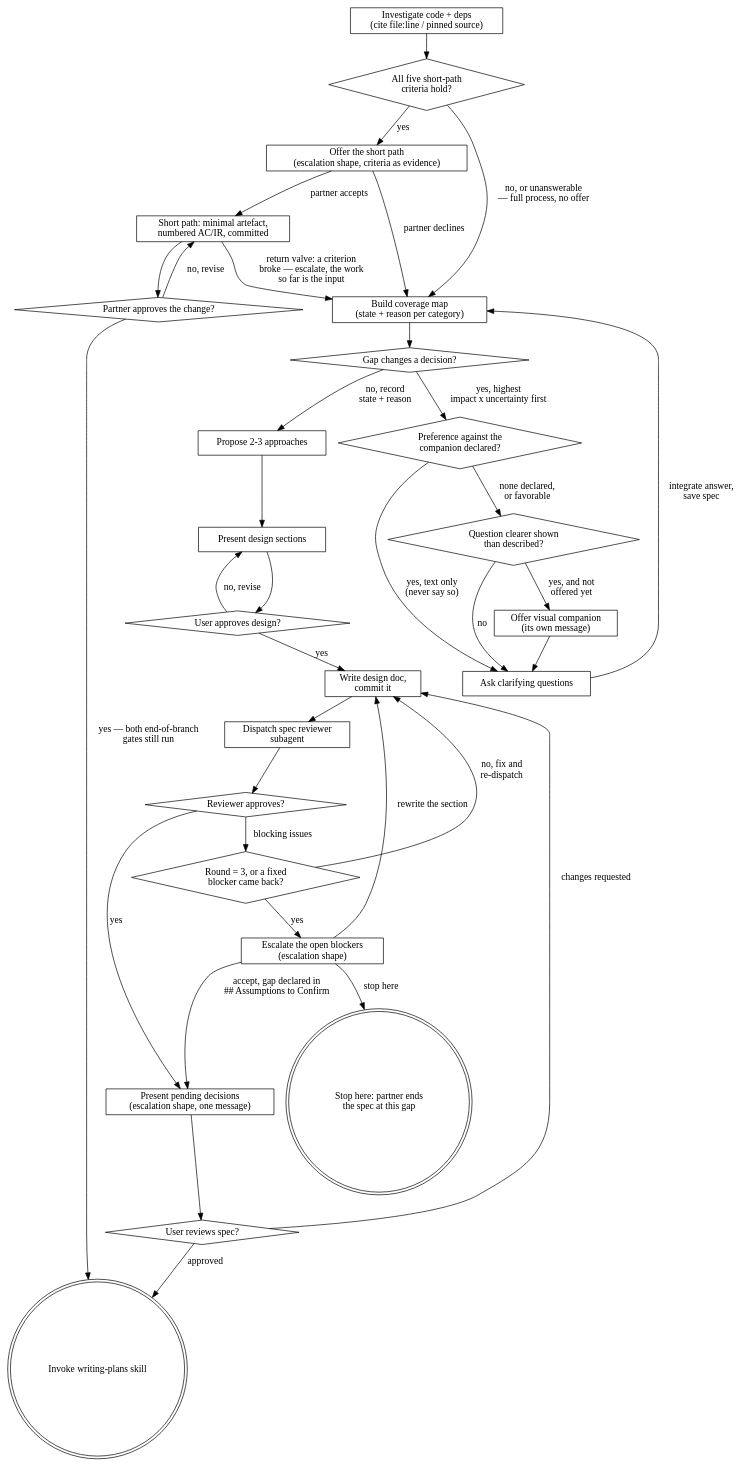
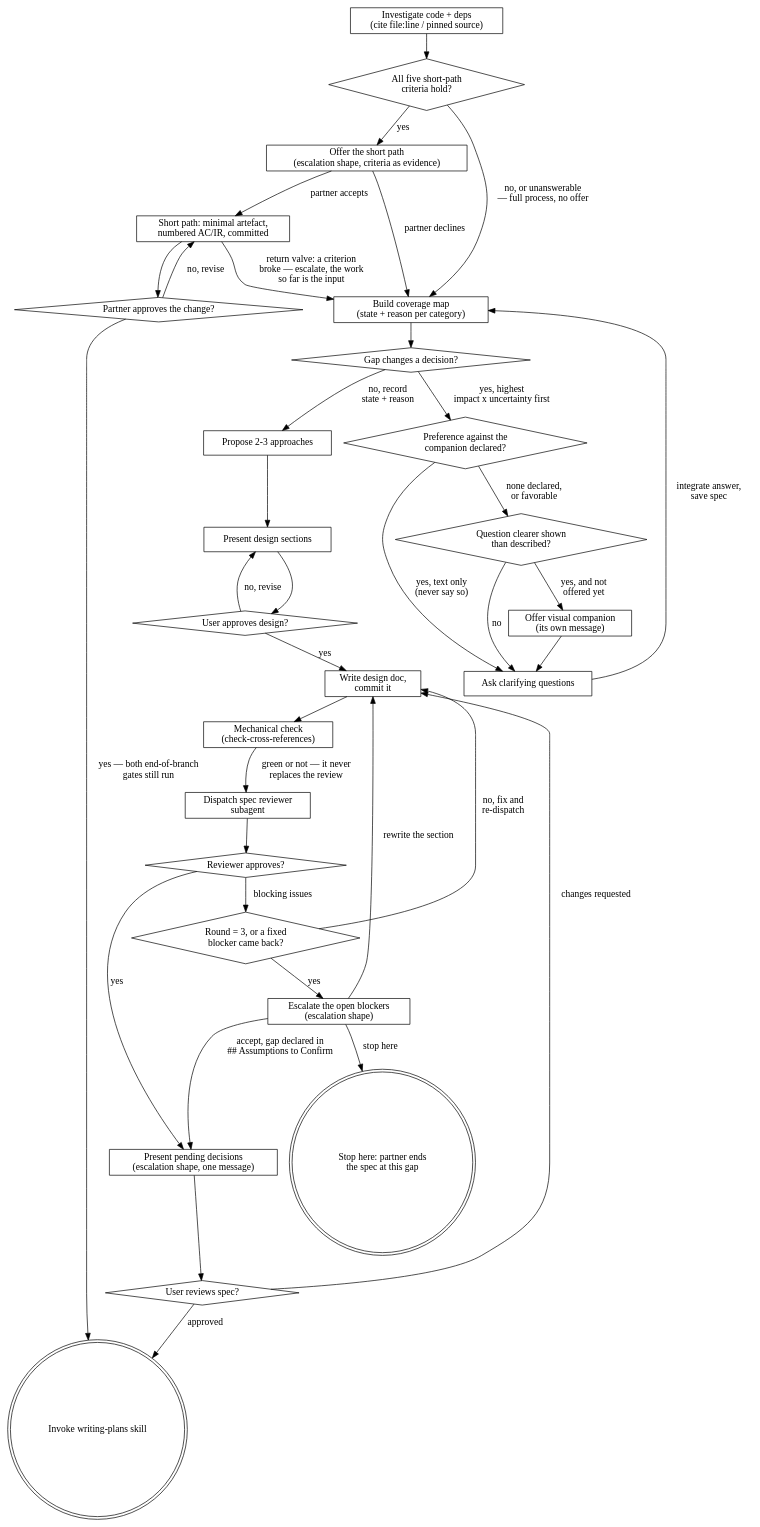
The diagram in skills/brainstorming/references/process-flow.md (rodrigopaitach/superpowersplus), drawn with Graphviz before and after one commit. The commit also changed 3 other files, not shown here.

````diff
--- a/skills/brainstorming/references/process-flow.md
+++ b/skills/brainstorming/references/process-flow.md
@@ -18,62 +18,64 @@
 ```dot
 digraph brainstorming {
     "Investigate code + deps\n(cite file:line / pinned source)" [shape=box];
     "All five short-path\ncriteria hold?" [shape=diamond];
     "Offer the short path\n(escalation shape, criteria as evidence)" [shape=box];
     "Short path: minimal artefact,\nnumbered AC/IR, committed" [shape=box];
     "Partner approves the change?" [shape=diamond];
     "Build coverage map\n(state + reason per category)" [shape=box];
     "Gap changes a decision?" [shape=diamond];
     "Preference against the\ncompanion declared?" [shape=diamond];
     "Question clearer shown\nthan described?" [shape=diamond];
     "Offer visual companion\n(its own message)" [shape=box];
     "Ask clarifying questions" [shape=box];
     "Propose 2-3 approaches" [shape=box];
     "Present design sections" [shape=box];
     "User approves design?" [shape=diamond];
     "Write design doc,\ncommit it" [shape=box];
+    "Mechanical check\n(check-cross-references)" [shape=box];
     "Dispatch spec reviewer\nsubagent" [shape=box];
     "Reviewer approves?" [shape=diamond];
     "Round = 3, or a fixed\nblocker came back?" [shape=diamond];
     "Escalate the open blockers\n(escalation shape)" [shape=box];
     "Stop here: partner ends\nthe spec at this gap" [shape=doublecircle];
     "Present pending decisions\n(escalation shape, one message)" [shape=box];
     "User reviews spec?" [shape=diamond];
     "Invoke writing-plans skill" [shape=doublecircle];
 
     "Investigate code + deps\n(cite file:line / pinned source)" -> "All five short-path\ncriteria hold?";
     "All five short-path\ncriteria hold?" -> "Build coverage map\n(state + reason per category)" [label="no, or unanswerable\n— full process, no offer"];
     "All five short-path\ncriteria hold?" -> "Offer the short path\n(escalation shape, criteria as evidence)" [label="yes"];
     "Offer the short path\n(escalation shape, criteria as evidence)" -> "Build coverage map\n(state + reason per category)" [label="partner declines"];
     "Offer the short path\n(escalation shape, criteria as evidence)" -> "Short path: minimal artefact,\nnumbered AC/IR, committed" [label="partner accepts"];
     "Short path: minimal artefact,\nnumbered AC/IR, committed" -> "Build coverage map\n(state + reason per category)" [label="return valve: a criterion\nbroke — escalate, the work\nso far is the input"];
     "Short path: minimal artefact,\nnumbered AC/IR, committed" -> "Partner approves the change?";
     "Partner approves the change?" -> "Short path: minimal artefact,\nnumbered AC/IR, committed" [label="no, revise"];
     "Partner approves the change?" -> "Invoke writing-plans skill" [label="yes — both end-of-branch\ngates still run"];
     "Build coverage map\n(state + reason per category)" -> "Gap changes a decision?";
     "Gap changes a decision?" -> "Preference against the\ncompanion declared?" [label="yes, highest\nimpact x uncertainty first"];
     "Preference against the\ncompanion declared?" -> "Ask clarifying questions" [label="yes, text only\n(never say so)"];
     "Preference against the\ncompanion declared?" -> "Question clearer shown\nthan described?" [label="none declared,\nor favorable"];
     "Question clearer shown\nthan described?" -> "Offer visual companion\n(its own message)" [label="yes, and not\noffered yet"];
     "Question clearer shown\nthan described?" -> "Ask clarifying questions" [label="no"];
     "Offer visual companion\n(its own message)" -> "Ask clarifying questions";
     "Gap changes a decision?" -> "Propose 2-3 approaches" [label="no, record\nstate + reason"];
     "Ask clarifying questions" -> "Build coverage map\n(state + reason per category)" [label="integrate answer,\nsave spec"];
     "Propose 2-3 approaches" -> "Present design sections";
     "Present design sections" -> "User approves design?";
     "User approves design?" -> "Present design sections" [label="no, revise"];
     "User approves design?" -> "Write design doc,\ncommit it" [label="yes"];
-    "Write design doc,\ncommit it" -> "Dispatch spec reviewer\nsubagent";
+    "Write design doc,\ncommit it" -> "Mechanical check\n(check-cross-references)";
+    "Mechanical check\n(check-cross-references)" -> "Dispatch spec reviewer\nsubagent" [label="green or not — it never\nreplaces the review"];
     "Dispatch spec reviewer\nsubagent" -> "Reviewer approves?";
     "Reviewer approves?" -> "Round = 3, or a fixed\nblocker came back?" [label="blocking issues"];
     "Round = 3, or a fixed\nblocker came back?" -> "Write design doc,\ncommit it" [label="no, fix and\nre-dispatch"];
     "Round = 3, or a fixed\nblocker came back?" -> "Escalate the open blockers\n(escalation shape)" [label="yes"];
     "Escalate the open blockers\n(escalation shape)" -> "Write design doc,\ncommit it" [label="rewrite the section"];
     "Escalate the open blockers\n(escalation shape)" -> "Present pending decisions\n(escalation shape, one message)" [label="accept, gap declared in\n## Assumptions to Confirm"];
     "Escalate the open blockers\n(escalation shape)" -> "Stop here: partner ends\nthe spec at this gap" [label="stop here"];
     "Reviewer approves?" -> "Present pending decisions\n(escalation shape, one message)" [label="yes"];
     "Present pending decisions\n(escalation shape, one message)" -> "User reviews spec?";
     "User reviews spec?" -> "Write design doc,\ncommit it" [label="changes requested"];
     "User reviews spec?" -> "Invoke writing-plans skill" [label="approved"];
 }
 ```
````
